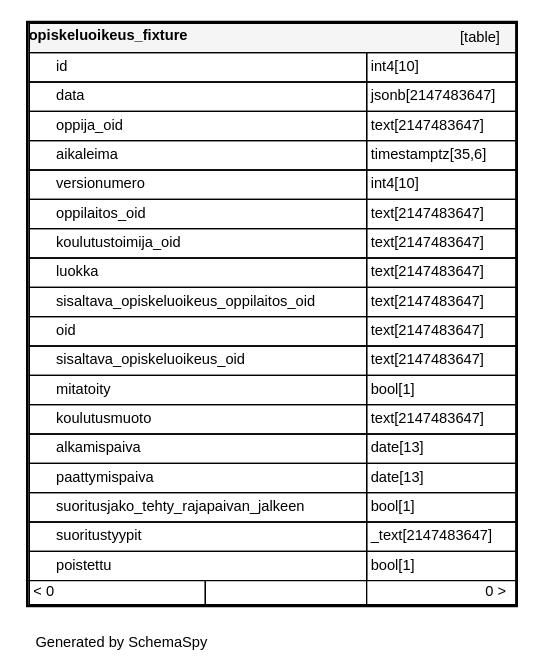
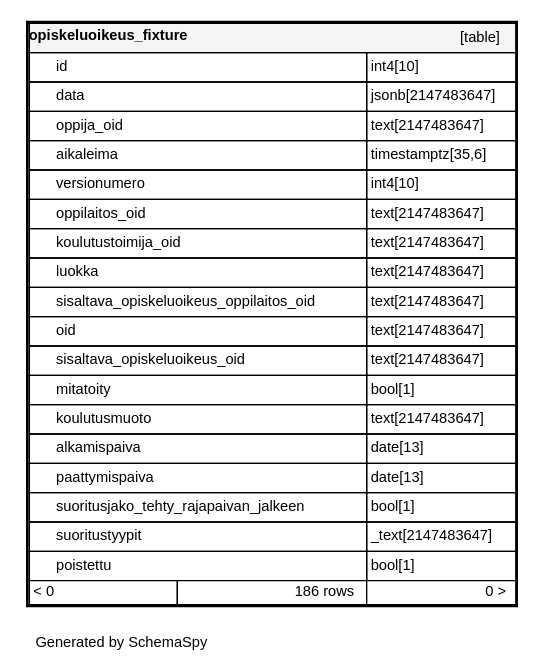
Before and after one commit to Opetushallitus/koski: the diagram in documentation/tietokantaskeemat/koski/diagrams/tables/opiskeluoikeus_fixture.1degree.dot, drawn with Graphviz. The commit also changed 44 other files, not shown here.

```diff
--- a/documentation/tietokantaskeemat/koski/diagrams/tables/opiskeluoikeus_fixture.1degree.dot
+++ b/documentation/tietokantaskeemat/koski/diagrams/tables/opiskeluoikeus_fixture.1degree.dot
@@ -1,31 +1,31 @@
 digraph "oneDegreeRelationshipsDiagram" {
   graph [    rankdir="RL"    bgcolor="#ffffff"    label="\nGenerated by SchemaSpy"    labeljust="l"    nodesep="0.18"    ranksep="0.46"    fontname="Helvetica"    fontsize="11"    ration="compress"  ];  node [    fontname="Helvetica"    fontsize="11"    shape="plaintext"  ];  edge [    arrowsize="0.8"  ];
   "opiskeluoikeus_fixture" [
    label=<
     <TABLE BORDER="2" CELLBORDER="1" CELLSPACING="0" BGCOLOR="#ffffff">
       <TR><TD COLSPAN="4"  BGCOLOR="#f5f5f5"><TABLE BORDER="0" CELLSPACING="0"><TR><TD ALIGN="LEFT" FIXEDSIZE="TRUE" WIDTH="130" HEIGHT="16"><B>opiskeluoikeus_fixture</B></TD><TD ALIGN="RIGHT">[table]</TD></TR></TABLE></TD></TR>
       <TR><TD PORT="id" COLSPAN="2" ALIGN="LEFT"><TABLE BORDER="0" CELLSPACING="0" ALIGN="LEFT"><TR ALIGN="LEFT"><TD ALIGN="LEFT" FIXEDSIZE="TRUE" WIDTH="15" HEIGHT="16"></TD><TD ALIGN="LEFT" FIXEDSIZE="TRUE" WIDTH="232" HEIGHT="16">id</TD></TR></TABLE></TD><TD PORT="id.type" ALIGN="LEFT">int4[10]</TD></TR>
       <TR><TD PORT="data" COLSPAN="2" ALIGN="LEFT"><TABLE BORDER="0" CELLSPACING="0" ALIGN="LEFT"><TR ALIGN="LEFT"><TD ALIGN="LEFT" FIXEDSIZE="TRUE" WIDTH="15" HEIGHT="16"></TD><TD ALIGN="LEFT" FIXEDSIZE="TRUE" WIDTH="232" HEIGHT="16">data</TD></TR></TABLE></TD><TD PORT="data.type" ALIGN="LEFT">jsonb[2147483647]</TD></TR>
       <TR><TD PORT="oppija_oid" COLSPAN="2" ALIGN="LEFT"><TABLE BORDER="0" CELLSPACING="0" ALIGN="LEFT"><TR ALIGN="LEFT"><TD ALIGN="LEFT" FIXEDSIZE="TRUE" WIDTH="15" HEIGHT="16"></TD><TD ALIGN="LEFT" FIXEDSIZE="TRUE" WIDTH="232" HEIGHT="16">oppija_oid</TD></TR></TABLE></TD><TD PORT="oppija_oid.type" ALIGN="LEFT">text[2147483647]</TD></TR>
       <TR><TD PORT="aikaleima" COLSPAN="2" ALIGN="LEFT"><TABLE BORDER="0" CELLSPACING="0" ALIGN="LEFT"><TR ALIGN="LEFT"><TD ALIGN="LEFT" FIXEDSIZE="TRUE" WIDTH="15" HEIGHT="16"></TD><TD ALIGN="LEFT" FIXEDSIZE="TRUE" WIDTH="232" HEIGHT="16">aikaleima</TD></TR></TABLE></TD><TD PORT="aikaleima.type" ALIGN="LEFT">timestamptz[35,6]</TD></TR>
       <TR><TD PORT="versionumero" COLSPAN="2" ALIGN="LEFT"><TABLE BORDER="0" CELLSPACING="0" ALIGN="LEFT"><TR ALIGN="LEFT"><TD ALIGN="LEFT" FIXEDSIZE="TRUE" WIDTH="15" HEIGHT="16"></TD><TD ALIGN="LEFT" FIXEDSIZE="TRUE" WIDTH="232" HEIGHT="16">versionumero</TD></TR></TABLE></TD><TD PORT="versionumero.type" ALIGN="LEFT">int4[10]</TD></TR>
       <TR><TD PORT="oppilaitos_oid" COLSPAN="2" ALIGN="LEFT"><TABLE BORDER="0" CELLSPACING="0" ALIGN="LEFT"><TR ALIGN="LEFT"><TD ALIGN="LEFT" FIXEDSIZE="TRUE" WIDTH="15" HEIGHT="16"></TD><TD ALIGN="LEFT" FIXEDSIZE="TRUE" WIDTH="232" HEIGHT="16">oppilaitos_oid</TD></TR></TABLE></TD><TD PORT="oppilaitos_oid.type" ALIGN="LEFT">text[2147483647]</TD></TR>
       <TR><TD PORT="koulutustoimija_oid" COLSPAN="2" ALIGN="LEFT"><TABLE BORDER="0" CELLSPACING="0" ALIGN="LEFT"><TR ALIGN="LEFT"><TD ALIGN="LEFT" FIXEDSIZE="TRUE" WIDTH="15" HEIGHT="16"></TD><TD ALIGN="LEFT" FIXEDSIZE="TRUE" WIDTH="232" HEIGHT="16">koulutustoimija_oid</TD></TR></TABLE></TD><TD PORT="koulutustoimija_oid.type" ALIGN="LEFT">text[2147483647]</TD></TR>
       <TR><TD PORT="luokka" COLSPAN="2" ALIGN="LEFT"><TABLE BORDER="0" CELLSPACING="0" ALIGN="LEFT"><TR ALIGN="LEFT"><TD ALIGN="LEFT" FIXEDSIZE="TRUE" WIDTH="15" HEIGHT="16"></TD><TD ALIGN="LEFT" FIXEDSIZE="TRUE" WIDTH="232" HEIGHT="16">luokka</TD></TR></TABLE></TD><TD PORT="luokka.type" ALIGN="LEFT">text[2147483647]</TD></TR>
       <TR><TD PORT="sisaltava_opiskeluoikeus_oppilaitos_oid" COLSPAN="2" ALIGN="LEFT"><TABLE BORDER="0" CELLSPACING="0" ALIGN="LEFT"><TR ALIGN="LEFT"><TD ALIGN="LEFT" FIXEDSIZE="TRUE" WIDTH="15" HEIGHT="16"></TD><TD ALIGN="LEFT" FIXEDSIZE="TRUE" WIDTH="232" HEIGHT="16">sisaltava_opiskeluoikeus_oppilaitos_oid</TD></TR></TABLE></TD><TD PORT="sisaltava_opiskeluoikeus_oppilaitos_oid.type" ALIGN="LEFT">text[2147483647]</TD></TR>
       <TR><TD PORT="oid" COLSPAN="2" ALIGN="LEFT"><TABLE BORDER="0" CELLSPACING="0" ALIGN="LEFT"><TR ALIGN="LEFT"><TD ALIGN="LEFT" FIXEDSIZE="TRUE" WIDTH="15" HEIGHT="16"></TD><TD ALIGN="LEFT" FIXEDSIZE="TRUE" WIDTH="232" HEIGHT="16">oid</TD></TR></TABLE></TD><TD PORT="oid.type" ALIGN="LEFT">text[2147483647]</TD></TR>
       <TR><TD PORT="sisaltava_opiskeluoikeus_oid" COLSPAN="2" ALIGN="LEFT"><TABLE BORDER="0" CELLSPACING="0" ALIGN="LEFT"><TR ALIGN="LEFT"><TD ALIGN="LEFT" FIXEDSIZE="TRUE" WIDTH="15" HEIGHT="16"></TD><TD ALIGN="LEFT" FIXEDSIZE="TRUE" WIDTH="232" HEIGHT="16">sisaltava_opiskeluoikeus_oid</TD></TR></TABLE></TD><TD PORT="sisaltava_opiskeluoikeus_oid.type" ALIGN="LEFT">text[2147483647]</TD></TR>
       <TR><TD PORT="mitatoity" COLSPAN="2" ALIGN="LEFT"><TABLE BORDER="0" CELLSPACING="0" ALIGN="LEFT"><TR ALIGN="LEFT"><TD ALIGN="LEFT" FIXEDSIZE="TRUE" WIDTH="15" HEIGHT="16"></TD><TD ALIGN="LEFT" FIXEDSIZE="TRUE" WIDTH="232" HEIGHT="16">mitatoity</TD></TR></TABLE></TD><TD PORT="mitatoity.type" ALIGN="LEFT">bool[1]</TD></TR>
       <TR><TD PORT="koulutusmuoto" COLSPAN="2" ALIGN="LEFT"><TABLE BORDER="0" CELLSPACING="0" ALIGN="LEFT"><TR ALIGN="LEFT"><TD ALIGN="LEFT" FIXEDSIZE="TRUE" WIDTH="15" HEIGHT="16"></TD><TD ALIGN="LEFT" FIXEDSIZE="TRUE" WIDTH="232" HEIGHT="16">koulutusmuoto</TD></TR></TABLE></TD><TD PORT="koulutusmuoto.type" ALIGN="LEFT">text[2147483647]</TD></TR>
       <TR><TD PORT="alkamispaiva" COLSPAN="2" ALIGN="LEFT"><TABLE BORDER="0" CELLSPACING="0" ALIGN="LEFT"><TR ALIGN="LEFT"><TD ALIGN="LEFT" FIXEDSIZE="TRUE" WIDTH="15" HEIGHT="16"></TD><TD ALIGN="LEFT" FIXEDSIZE="TRUE" WIDTH="232" HEIGHT="16">alkamispaiva</TD></TR></TABLE></TD><TD PORT="alkamispaiva.type" ALIGN="LEFT">date[13]</TD></TR>
       <TR><TD PORT="paattymispaiva" COLSPAN="2" ALIGN="LEFT"><TABLE BORDER="0" CELLSPACING="0" ALIGN="LEFT"><TR ALIGN="LEFT"><TD ALIGN="LEFT" FIXEDSIZE="TRUE" WIDTH="15" HEIGHT="16"></TD><TD ALIGN="LEFT" FIXEDSIZE="TRUE" WIDTH="232" HEIGHT="16">paattymispaiva</TD></TR></TABLE></TD><TD PORT="paattymispaiva.type" ALIGN="LEFT">date[13]</TD></TR>
       <TR><TD PORT="suoritusjako_tehty_rajapaivan_jalkeen" COLSPAN="2" ALIGN="LEFT"><TABLE BORDER="0" CELLSPACING="0" ALIGN="LEFT"><TR ALIGN="LEFT"><TD ALIGN="LEFT" FIXEDSIZE="TRUE" WIDTH="15" HEIGHT="16"></TD><TD ALIGN="LEFT" FIXEDSIZE="TRUE" WIDTH="232" HEIGHT="16">suoritusjako_tehty_rajapaivan_jalkeen</TD></TR></TABLE></TD><TD PORT="suoritusjako_tehty_rajapaivan_jalkeen.type" ALIGN="LEFT">bool[1]</TD></TR>
       <TR><TD PORT="suoritustyypit" COLSPAN="2" ALIGN="LEFT"><TABLE BORDER="0" CELLSPACING="0" ALIGN="LEFT"><TR ALIGN="LEFT"><TD ALIGN="LEFT" FIXEDSIZE="TRUE" WIDTH="15" HEIGHT="16"></TD><TD ALIGN="LEFT" FIXEDSIZE="TRUE" WIDTH="232" HEIGHT="16">suoritustyypit</TD></TR></TABLE></TD><TD PORT="suoritustyypit.type" ALIGN="LEFT">_text[2147483647]</TD></TR>
       <TR><TD PORT="poistettu" COLSPAN="2" ALIGN="LEFT"><TABLE BORDER="0" CELLSPACING="0" ALIGN="LEFT"><TR ALIGN="LEFT"><TD ALIGN="LEFT" FIXEDSIZE="TRUE" WIDTH="15" HEIGHT="16"></TD><TD ALIGN="LEFT" FIXEDSIZE="TRUE" WIDTH="232" HEIGHT="16">poistettu</TD></TR></TABLE></TD><TD PORT="poistettu.type" ALIGN="LEFT">bool[1]</TD></TR>
-      <TR><TD ALIGN="LEFT" BGCOLOR="#ffffff">&lt; 0</TD><TD ALIGN="RIGHT" BGCOLOR="#ffffff">  </TD><TD ALIGN="RIGHT" BGCOLOR="#ffffff">0 &gt;</TD></TR>
+      <TR><TD ALIGN="LEFT" BGCOLOR="#ffffff">&lt; 0</TD><TD ALIGN="RIGHT" BGCOLOR="#ffffff">186 rows</TD><TD ALIGN="RIGHT" BGCOLOR="#ffffff">0 &gt;</TD></TR>
     </TABLE>>
     URL="../../tables/opiskeluoikeus_fixture.html"
     target="_top"
     tooltip="opiskeluoikeus_fixture"
   ];
 }
```
